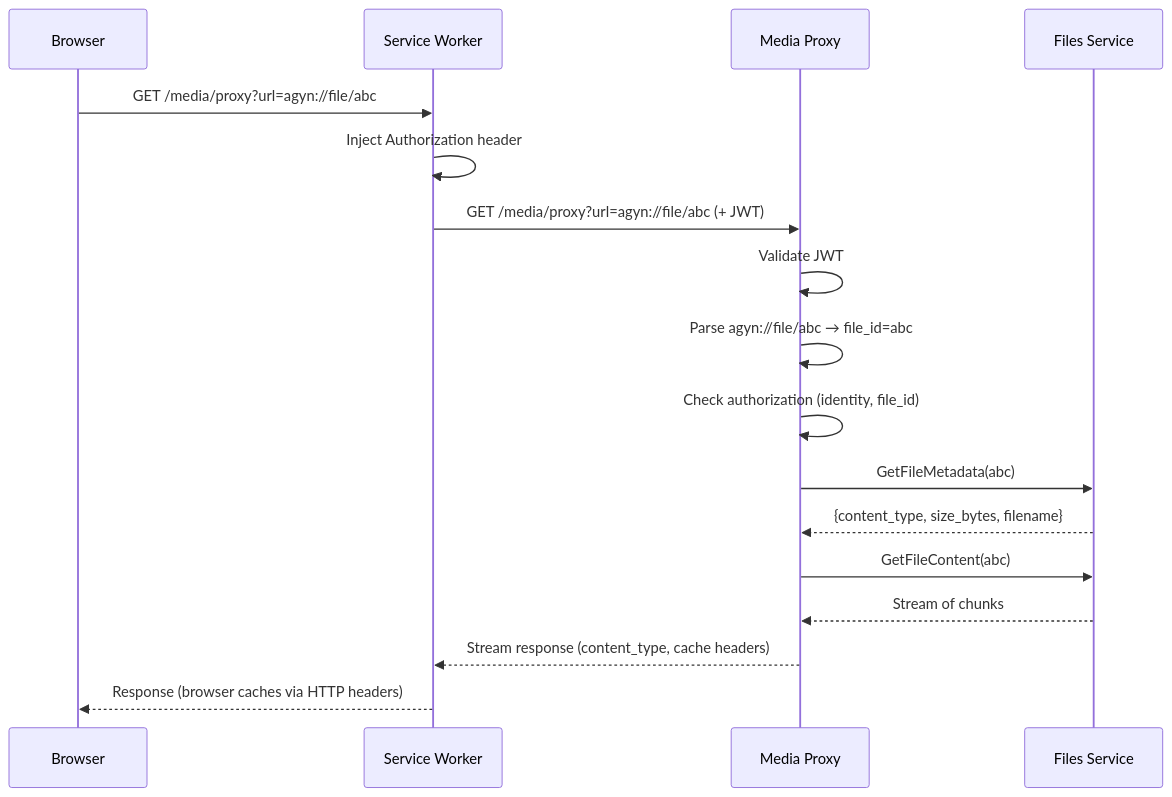
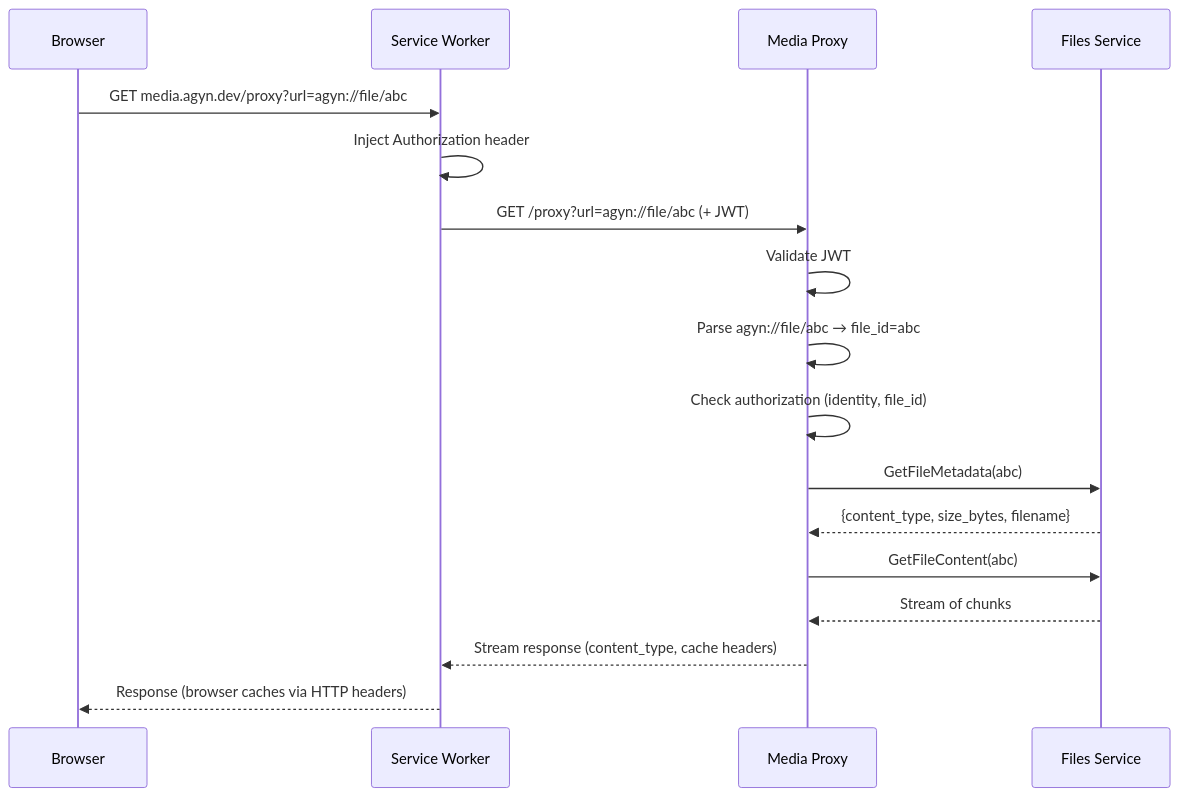
One commit to agynio/architecture changed the second of 2 diagrams in architecture/media-proxy.md. Above: the diagram before and after it, drawn with Mermaid. The commit also changed other lines of this file and 2 other files, not shown here.

````diff
--- a/architecture/media-proxy.md
+++ b/architecture/media-proxy.md
@@ -87,20 +103,20 @@
 ```mermaid
 sequenceDiagram
     participant B as Browser
     participant SW as Service Worker
     participant MP as Media Proxy
     participant F as Files Service
 
-    B->>SW: GET /media/proxy?url=agyn://file/abc
+    B->>SW: GET media.agyn.dev/proxy?url=agyn://file/abc
     SW->>SW: Inject Authorization header
-    SW->>MP: GET /media/proxy?url=agyn://file/abc (+ JWT)
+    SW->>MP: GET /proxy?url=agyn://file/abc (+ JWT)
     MP->>MP: Validate JWT
     MP->>MP: Parse agyn://file/abc → file_id=abc
     MP->>MP: Check authorization (identity, file_id)
     MP->>F: GetFileMetadata(abc)
     F-->>MP: {content_type, size_bytes, filename}
     MP->>F: GetFileContent(abc)
     F-->>MP: Stream of chunks
     MP-->>SW: Stream response (content_type, cache headers)
     SW-->>B: Response (browser caches via HTTP headers)
 ```
````
